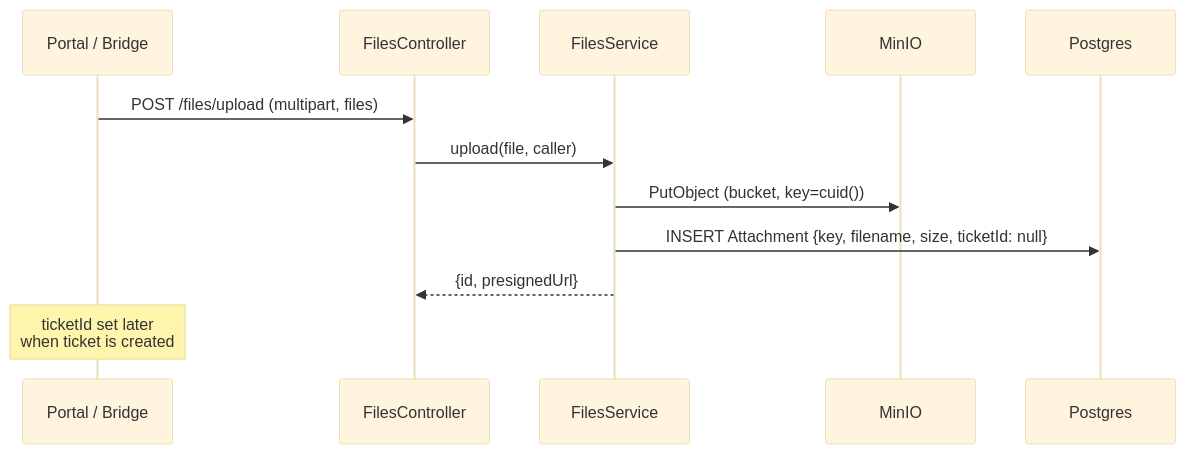
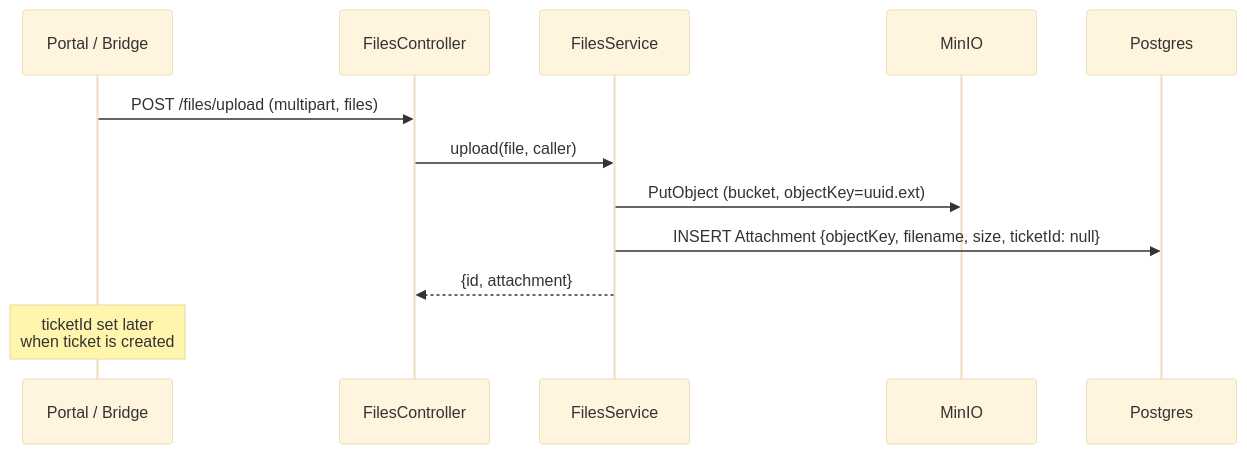
The diagram in docs/atlas/files.md (Vignesh-Siva96/tmr_athena), drawn with Mermaid (base theme) before and after one commit. The commit also changed other lines of this file and 71 other files, not shown here.

````diff
--- a/docs/atlas/files.md
+++ b/docs/atlas/files.md
@@ -16,15 +27,15 @@
 ```mermaid
 sequenceDiagram
   participant UI as Portal / Bridge
   participant API as FilesController
   participant Svc as FilesService
   participant MinIO
   participant DB as Postgres
 
   UI->>API: POST /files/upload (multipart, files)
   API->>Svc: upload(file, caller)
-  Svc->>MinIO: PutObject (bucket, key=cuid())
-  Svc->>DB: INSERT Attachment {key, filename, size, ticketId: null}
-  Svc-->>API: {id, presignedUrl}
+  Svc->>MinIO: PutObject (bucket, objectKey=uuid.ext)
+  Svc->>DB: INSERT Attachment {objectKey, filename, size, ticketId: null}
+  Svc-->>API: {id, attachment}
   Note over UI: ticketId set later<br/>when ticket is created
 ```
````
